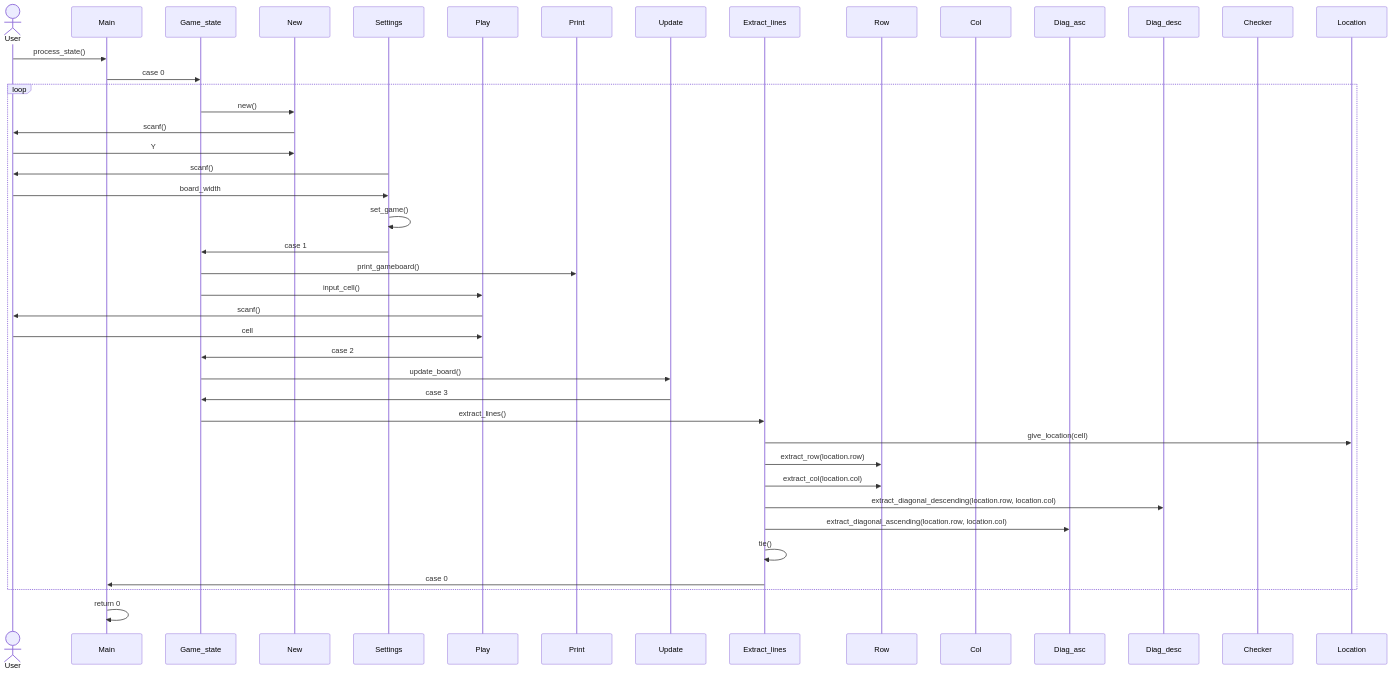
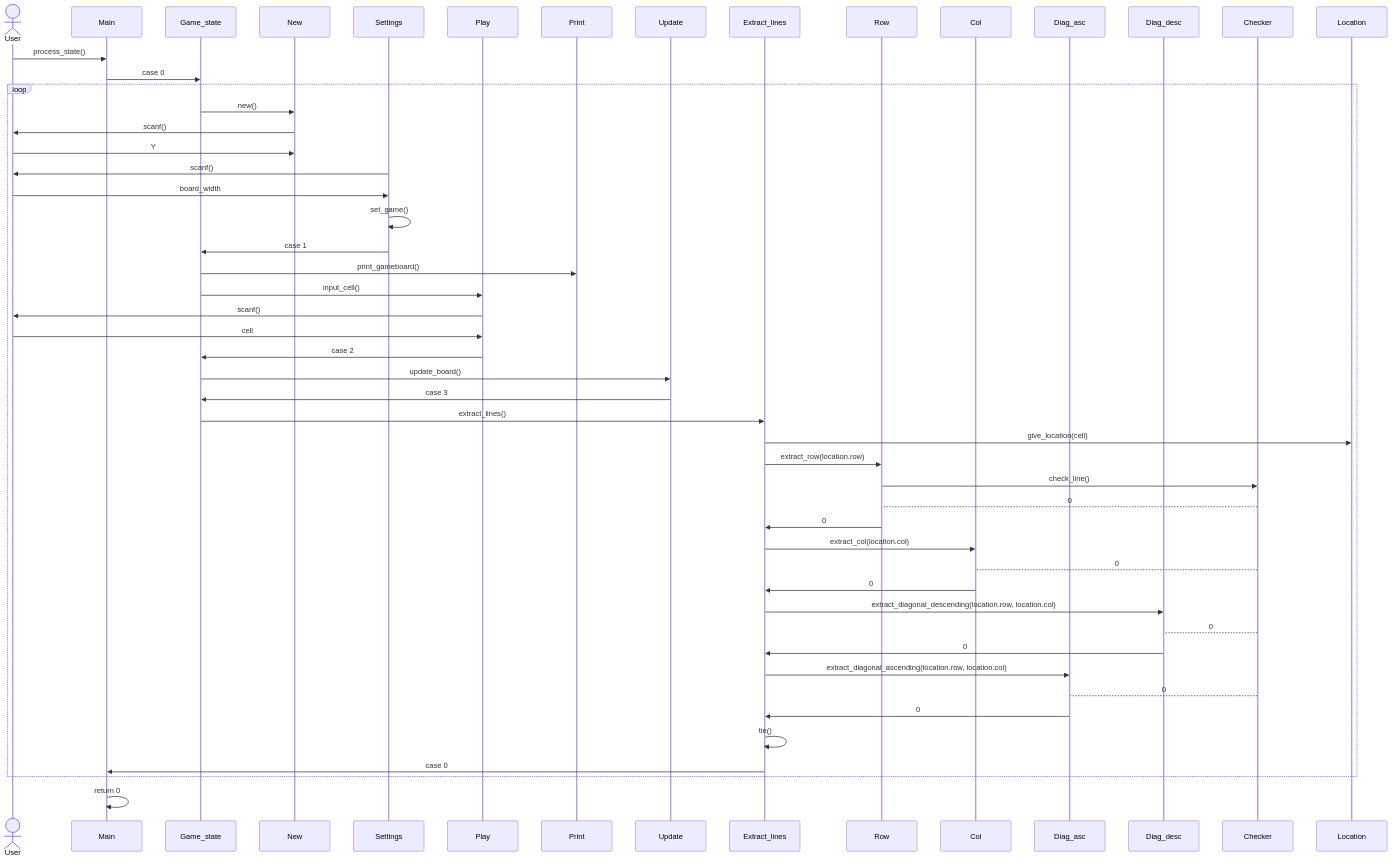
One commit to mcpaulafi/ctictactoe changed the second of 2 diagrams in docs/architecture.md. Above: the diagram before and after it, drawn with Mermaid. The commit also changed other lines of this file, not shown here.

Commit message:
Added checker

````diff
--- a/docs/architecture.md
+++ b/docs/architecture.md
@@ -19,48 +19,57 @@
 ```mermaid
 sequenceDiagram
     actor User
     participant Main
     participant Game_state
     participant New
     participant Settings
     participant Play
     participant Print
     participant Update
     participant Extract_lines
     participant Row
     participant Col
     participant Diag_asc
     participant Diag_desc
     participant Checker
     participant Location
 
     User->> Main: process_state()
     Main->>Game_state: case 0
     loop
         Game_state ->> New: new() 
         New ->> User: scanf()
         User ->> New: Y
         Settings ->> User: scanf()
         User ->> Settings: board_width
         Settings ->> Settings: set_game()
         Settings ->> Game_state: case 1
         Game_state ->> Print: print_gameboard()
         Game_state ->> Play: input_cell()
         Play ->> User: scanf()
         User ->> Play: cell
         Play ->> Game_state: case 2
         Game_state ->> Update: update_board()
         Update ->> Game_state: case 3
         Game_state ->> Extract_lines: extract_lines()
         Extract_lines ->> Location: give_location(cell)
         Extract_lines ->> Row: extract_row(location.row)
-        Extract_lines ->> Row: extract_col(location.col)
+        Row ->> Checker: check_line()
+        Checker --> Row: 0
+        Row ->> Extract_lines: 0
+        Extract_lines ->> Col: extract_col(location.col)
+        Checker --> Col: 0
+        Col ->> Extract_lines: 0
         Extract_lines ->> Diag_desc: extract_diagonal_descending(location.row, location.col)
+        Checker --> Diag_desc: 0
+        Diag_desc ->> Extract_lines: 0
         Extract_lines ->> Diag_asc: extract_diagonal_ascending(location.row, location.col)
+        Checker --> Diag_asc: 0
+        Diag_asc ->> Extract_lines: 0
         Extract_lines ->> Extract_lines: tie()
         Extract_lines ->> Main: case 0
     end
 
     Main->>Main: return 0
 
 ```
````
